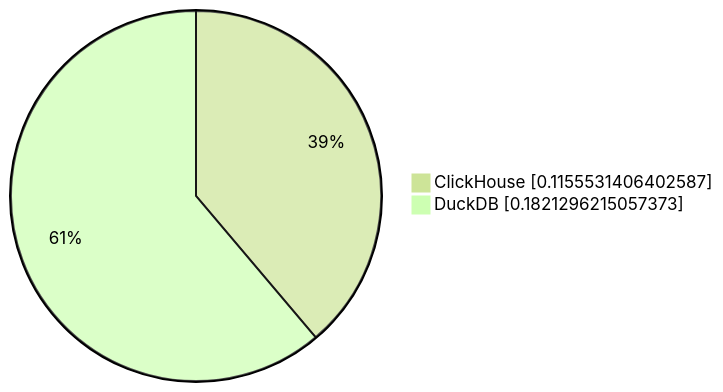
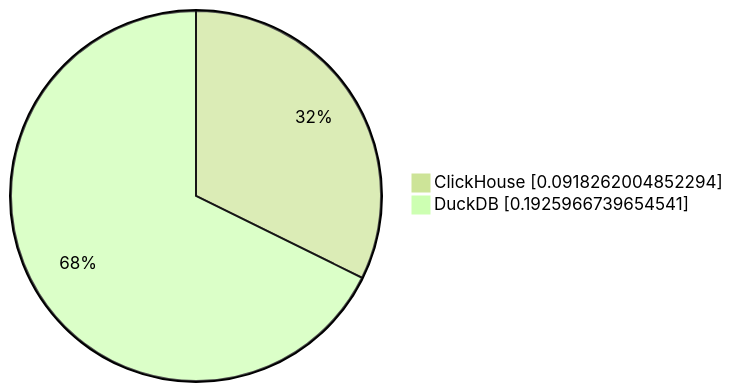
The first of 19 diagrams in parquet/performance/results/hits/23.11.1.2711-alpine/README.md (Altinity/clickhouse-regression), drawn with Mermaid (forest theme) before and after one commit. The commit also changed other lines of this file and 8 other files, not shown here.

````diff
--- a/parquet/performance/results/hits/23.11.1.2711-alpine/README.md
+++ b/parquet/performance/results/hits/23.11.1.2711-alpine/README.md
@@ -10,5 +10,5 @@
 ```mermaid
      pie showData
-         "ClickHouse" : 0.1155531406402587
-         "DuckDB" : 0.1821296215057373
+         "ClickHouse" : 0.0918262004852294
+         "DuckDB" : 0.1925966739654541
 ```
````
